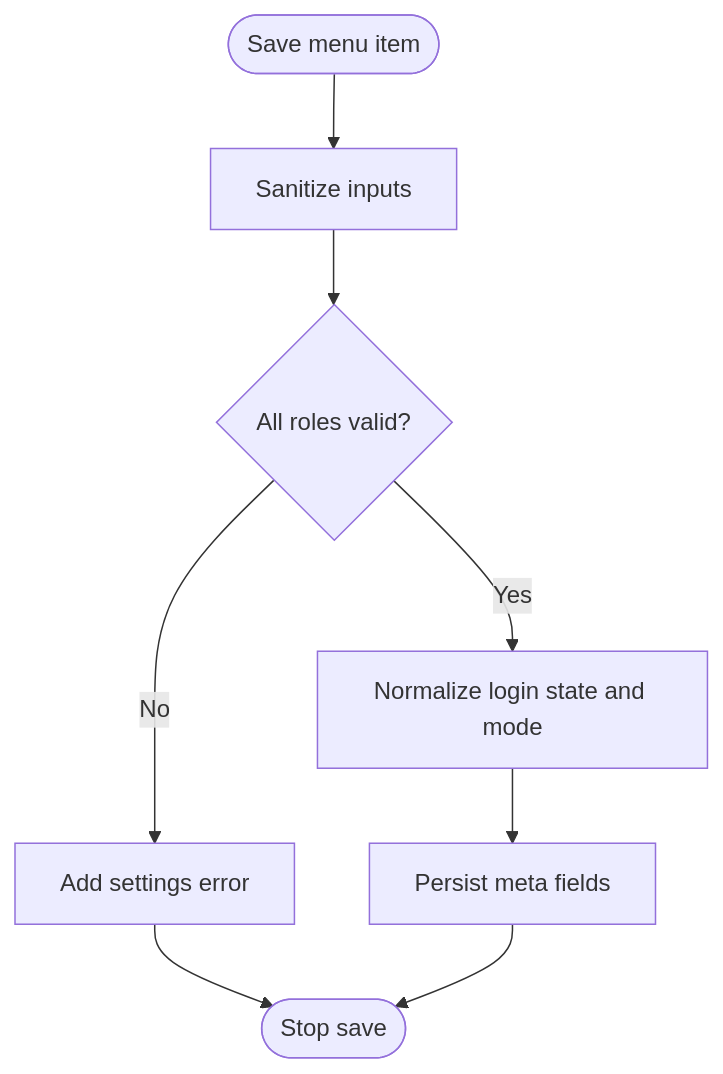
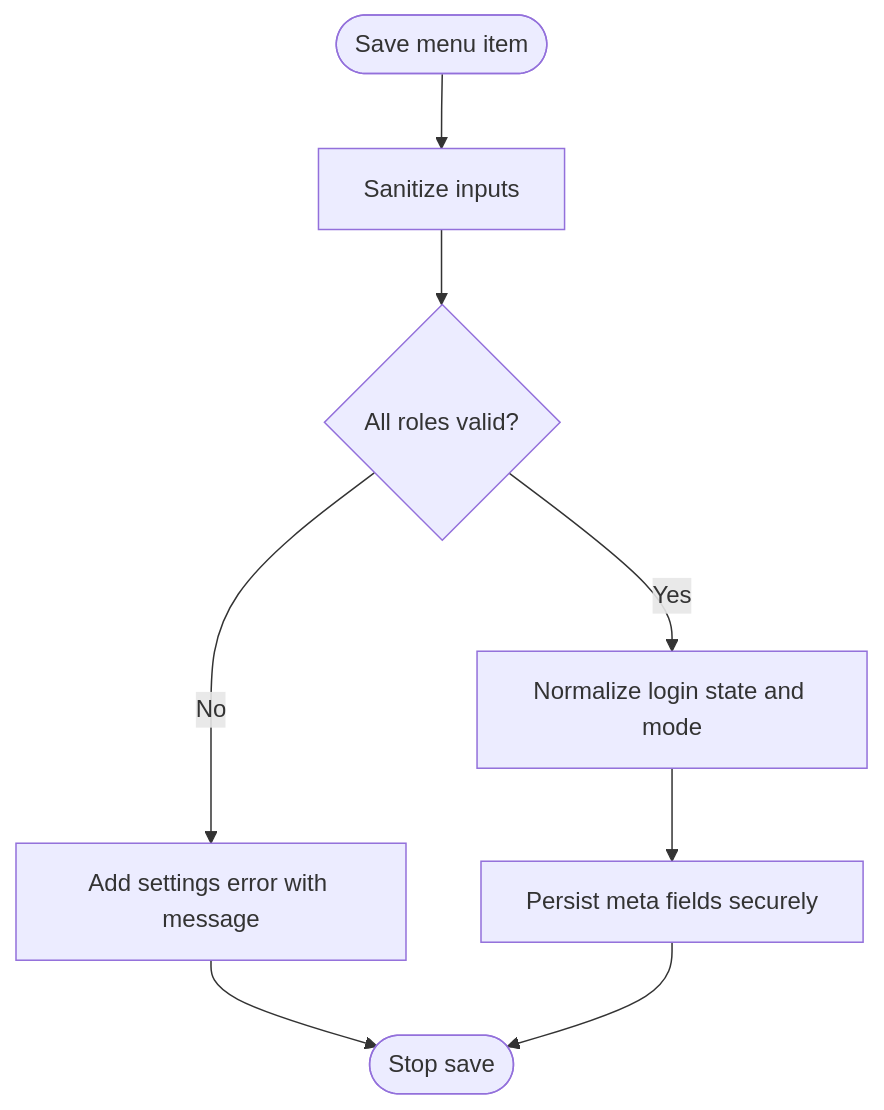
Before and after one commit to mahfuzurwp/hide-menu-items-by-role: the fourth of 6 diagrams in .qoder/repowiki/en/content/Features Guide/Admin Interface & User Experience.md, drawn with Mermaid. The commit also changed other lines of this file and 8 other files, not shown here.

````diff
--- a/.qoder/repowiki/en/content/Features Guide/Admin Interface & User Experience.md
+++ b/.qoder/repowiki/en/content/Features Guide/Admin Interface & User Experience.md
@@ -202,10 +217,10 @@
 ```mermaid
 flowchart TD
 Start(["Save menu item"]) --> Sanitize["Sanitize inputs"]
 Sanitize --> ValidateRoles{"All roles valid?"}
-ValidateRoles --> |No| AddError["Add settings error"]
+ValidateRoles --> |No| AddError["Add settings error with message"]
 AddError --> End(["Stop save"])
 ValidateRoles --> |Yes| Normalize["Normalize login state and mode"]
-Normalize --> Persist["Persist meta fields"]
+Normalize --> Persist["Persist meta fields securely"]
 Persist --> End
 ```
````
